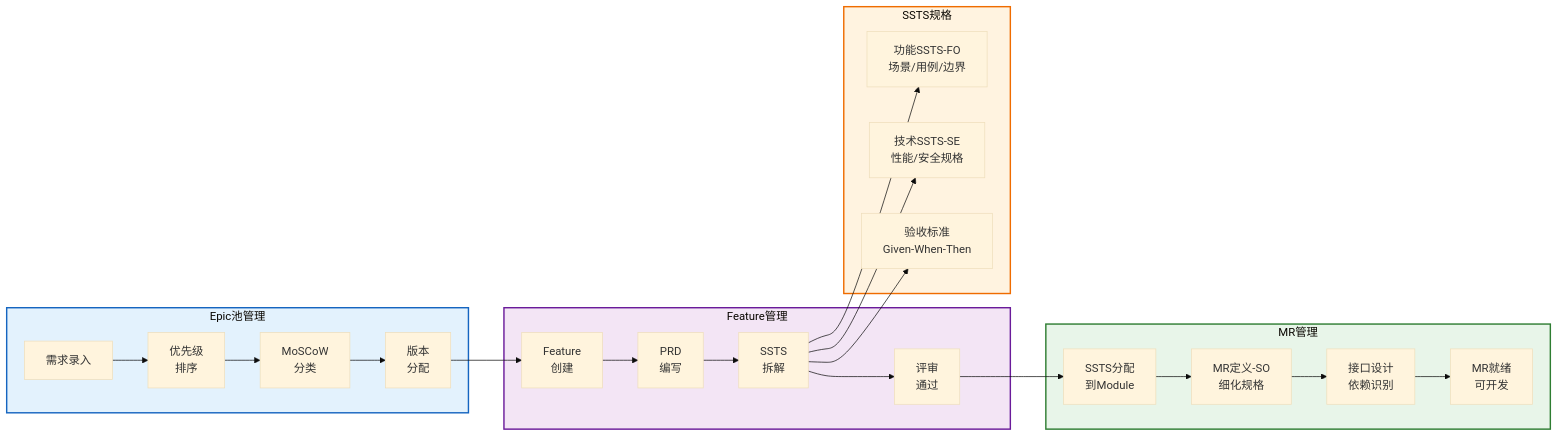
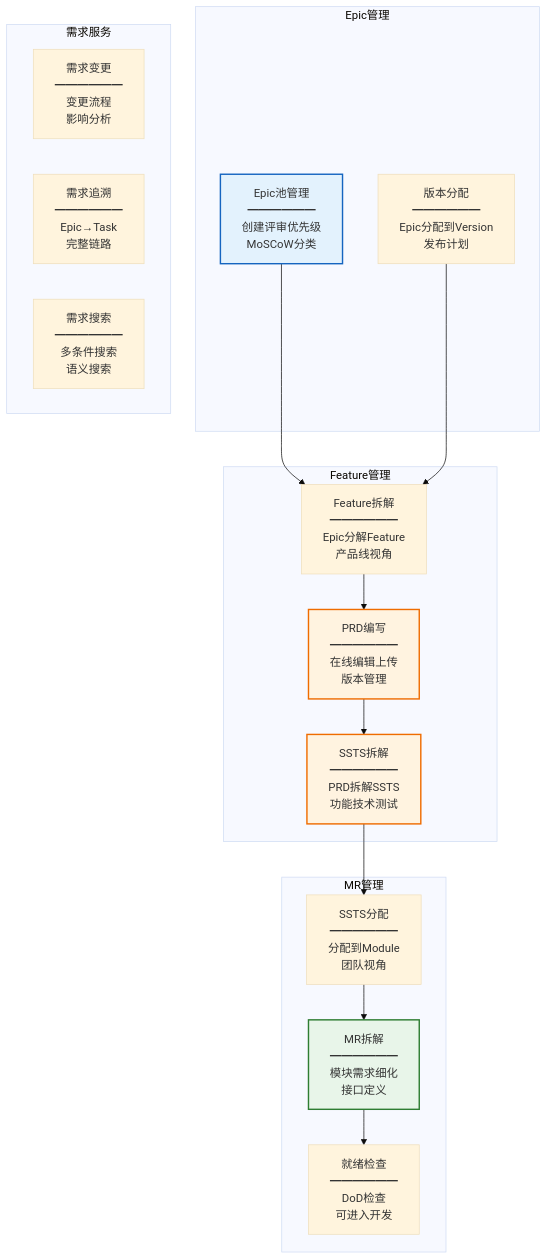
Before and after one commit to zjx-immersion/auto-rd-platform-prototype: diagram 16 of 30 in platform-design/AUTO_RD_PLATFORM_DESIGN_MERMAID.md, drawn with Mermaid (base theme). The commit also changed other lines of this file, not shown here.

````diff
--- a/platform-design/AUTO_RD_PLATFORM_DESIGN_MERMAID.md
+++ b/platform-design/AUTO_RD_PLATFORM_DESIGN_MERMAID.md
@@ -867,35 +674,35 @@
 ```mermaid
-graph LR
-    subgraph Epic["Epic池管理"]
-        E1[需求录入] --> E2[优先级<br/>排序]
-        E2 --> E3[MoSCoW<br/>分类]
-        E3 --> E4[版本<br/>分配]
+graph TB
+    subgraph Epic管理
+        E1[Epic池管理<br/>━━━━━━<br/>创建评审优先级<br/>MoSCoW分类]
+        E2[版本分配<br/>━━━━━━<br/>Epic分配到Version<br/>发布计划]
     end
 
-    subgraph Feature["Feature管理"]
-        F1[Feature<br/>创建] --> F2[PRD<br/>编写]
-        F2 --> F3[SSTS<br/>拆解]
-        F3 --> F4[评审<br/>通过]
+    subgraph Feature管理
+        F1[Feature拆解<br/>━━━━━━<br/>Epic分解Feature<br/>产品线视角]
+        F2[PRD编写<br/>━━━━━━<br/>在线编辑上传<br/>版本管理]
+        F3[SSTS拆解<br/>━━━━━━<br/>PRD拆解SSTS<br/>功能技术测试]
     end
 
-    subgraph SSTS["SSTS规格"]
-        SSTS1[功能SSTS-FO<br/>场景/用例/边界]
-        SSTS2[技术SSTS-SE<br/>性能/安全规格]
-        SSTS3[验收标准<br/>Given-When-Then]
+    subgraph MR管理
+        M1[SSTS分配<br/>━━━━━━<br/>分配到Module<br/>团队视角]
+        M2[MR拆解<br/>━━━━━━<br/>模块需求细化<br/>接口定义]
+        M3[就绪检查<br/>━━━━━━<br/>DoD检查<br/>可进入开发]
     end
 
-    subgraph MR["MR管理"]
-        M1[SSTS分配<br/>到Module] --> M2[MR定义-SO<br/>细化规格]
-        M2 --> M3[接口设计<br/>依赖识别]
-        M3 --> M4[MR就绪<br/>可开发]
+    subgraph 需求服务
+        S1[需求变更<br/>━━━━━━<br/>变更流程<br/>影响分析]
+        S2[需求追溯<br/>━━━━━━<br/>Epic→Task<br/>完整链路]
+        S3[需求搜索<br/>━━━━━━<br/>多条件搜索<br/>语义搜索]
     end
 
-    E4 --> F1
-    F3 --> SSTS1 & SSTS2 & SSTS3
-    F4 --> M1
+    E1 --> F1
+    E2 --> F1
+    F1 --> F2 --> F3
+    F3 --> M1 --> M2 --> M3
 
-    style Epic fill:#e3f2fd,stroke:#1565c0,stroke-width:2px
-    style Feature fill:#f3e5f5,stroke:#6a1b9a,stroke-width:2px
-    style SSTS fill:#fff3e0,stroke:#ef6c00,stroke-width:2px
-    style MR fill:#e8f5e9,stroke:#2e7d32,stroke-width:2px
+    style E1 fill:#e3f2fd,stroke:#1565c0,stroke-width:2px
+    style F2 fill:#fff3e0,stroke:#ef6c00,stroke-width:2px
+    style F3 fill:#fff3e0,stroke:#ef6c00,stroke-width:2px
+    style M2 fill:#e8f5e9,stroke:#2e7d32,stroke-width:2px
 ```
````
